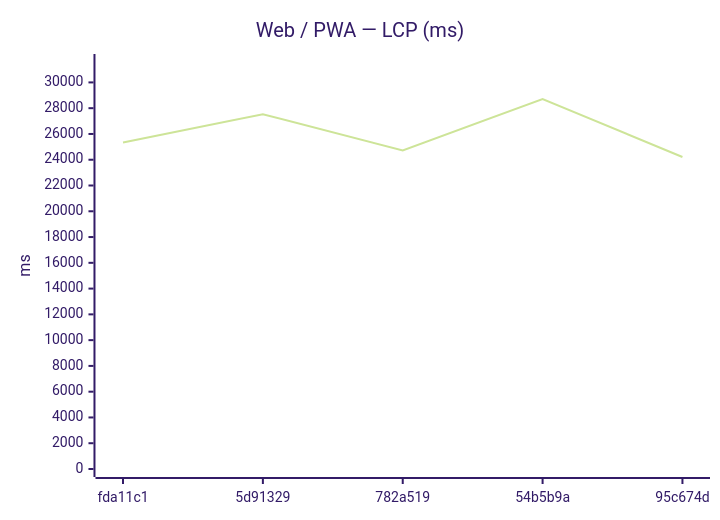
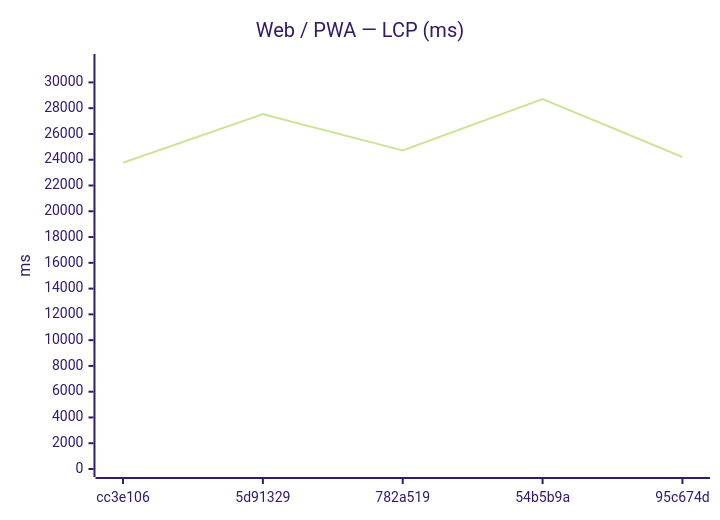
One commit to Metaheurist/Rianell changed the seventh of 18 diagrams in benchmarks/compare.md. Above: the diagram before and after it, drawn with Mermaid (forest theme). The commit also changed other lines of this file and 11 other files, not shown here.

````diff
--- a/benchmarks/compare.md
+++ b/benchmarks/compare.md
@@ -117,7 +117,7 @@
 ```mermaid
 xychart-beta
     title "Web / PWA — LCP (ms)"
-    x-axis ["fda11c1", "5d91329", "782a519", "54b5b9a", "95c674d"]
+    x-axis ["cc3e106", "5d91329", "782a519", "54b5b9a", "95c674d"]
     y-axis "ms" 0 --> 31584
-    line [25329, 27536, 24725, 28712, 24213]
+    line [23765, 27536, 24725, 28712, 24213]
 ```
````
